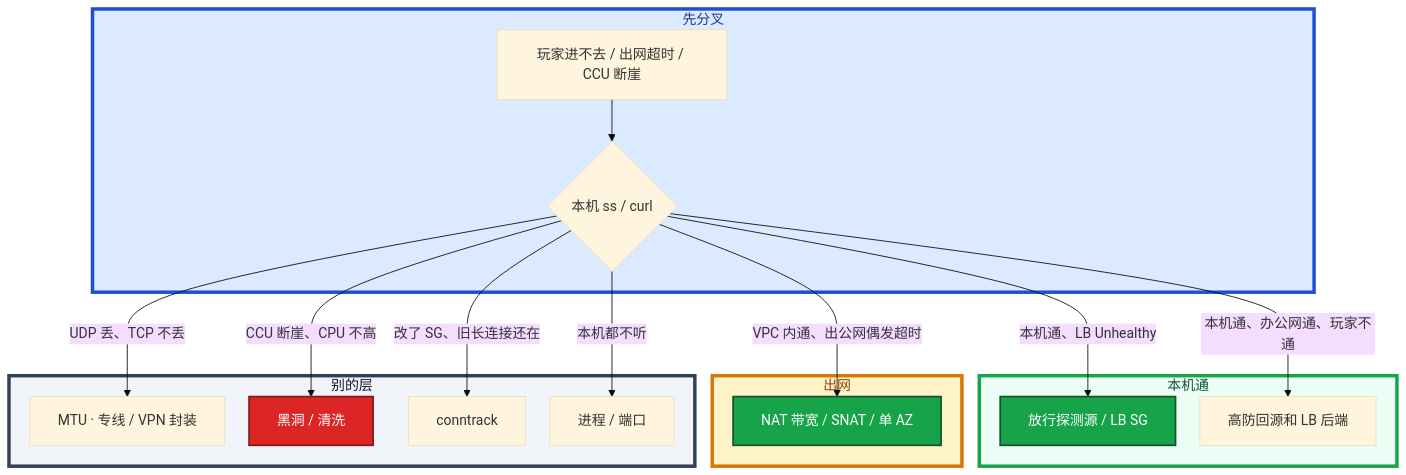
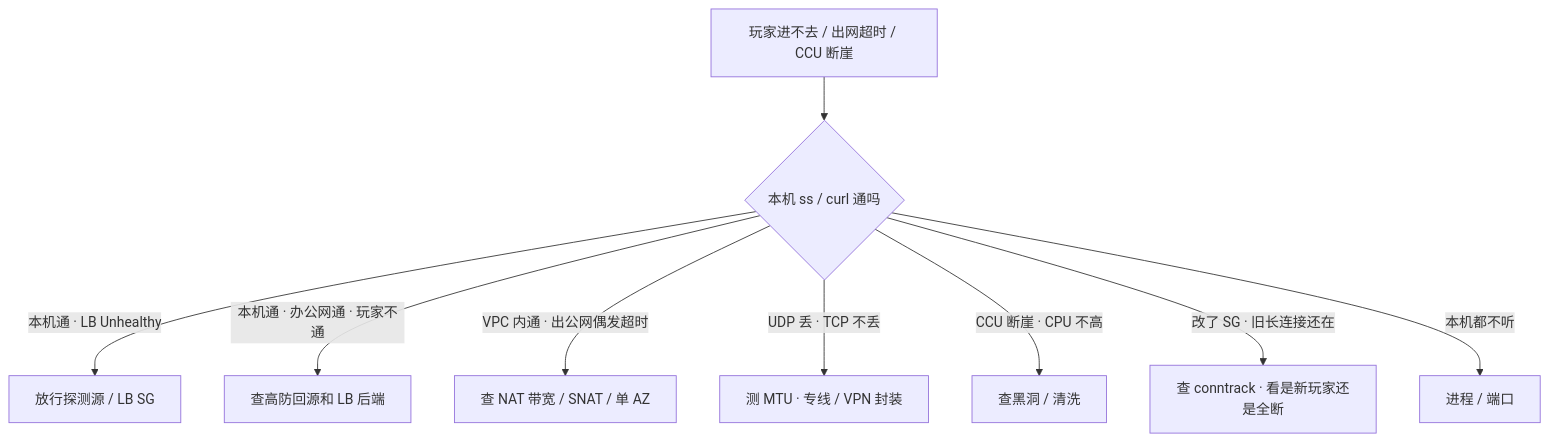
One commit to ml-cuizijun/LearnToLilith changed diagram 11 of 11 in 06-云平台/01-云网络与安全/知识点.md. Above: the diagram before and after it, drawn with Mermaid. The commit also changed other lines of this file and 470 other files, not shown here.

````diff
--- a/06-云平台/01-云网络与安全/知识点.md
+++ b/06-云平台/01-云网络与安全/知识点.md
@@ -541,33 +406,11 @@
 ```mermaid
-%%{init: {"flowchart": {"padding": 16, "nodeSpacing": 28, "rankSpacing": 48}, "theme": "base"}}%%
 flowchart TB
-    subgraph gate ["先分叉"]
-        A[玩家进不去 / 出网超时 / CCU 断崖] --> B{本机 ss / curl}
-    end
-
-    subgraph probe ["本机通"]
-        B -->|本机通、LB Unhealthy| C[放行探测源 / LB SG]
-        B -->|本机通、办公网通、玩家不通| D[高防回源和 LB 后端]
-    end
-
-    subgraph natp ["出网"]
-        B -->|VPC 内通、出公网偶发超时| E[NAT 带宽 / SNAT / 单 AZ]
-    end
-
-    subgraph other ["别的层"]
-        B -->|UDP 丢、TCP 不丢| F[MTU · 专线 / VPN 封装]
-        B -->|CCU 断崖、CPU 不高| G[黑洞 / 清洗]
-        B -->|改了 SG、旧长连接还在| H[conntrack]
-        B -->|本机都不听| I[进程 / 端口]
-    end
-
-    classDef bad fill:#DC2626,stroke:#7F1D1D,stroke-width:2px,color:#fff
-    classDef ok fill:#16A34A,stroke:#14532D,stroke-width:2px,color:#fff
-    class G bad
-    class C,E ok
-
-    style gate fill:#DBEAFE,stroke:#1D4ED8,stroke-width:4px,color:#1E3A8A
-    style probe fill:#ECFDF5,stroke:#16A34A,stroke-width:4px,color:#14532D
-    style natp fill:#FEF3C7,stroke:#D97706,stroke-width:4px,color:#92400E
-    style other fill:#F1F5F9,stroke:#334155,stroke-width:4px,color:#0F172A
+    A["玩家进不去 / 出网超时 / CCU 断崖"] --> B{"本机 ss / curl 通吗"}
+    B -->|"本机通 · LB Unhealthy"| C["放行探测源 / LB SG"]
+    B -->|"本机通 · 办公网通 · 玩家不通"| D["查高防回源和 LB 后端"]
+    B -->|"VPC 内通 · 出公网偶发超时"| E["查 NAT 带宽 / SNAT / 单 AZ"]
+    B -->|"UDP 丢 · TCP 不丢"| F["测 MTU · 专线 / VPN 封装"]
+    B -->|"CCU 断崖 · CPU 不高"| G["查黑洞 / 清洗"]
+    B -->|"改了 SG · 旧长连接还在"| H["查 conntrack · 看是新玩家还是全断"]
+    B -->|"本机都不听"| I["进程 / 端口"]
 ```
````
